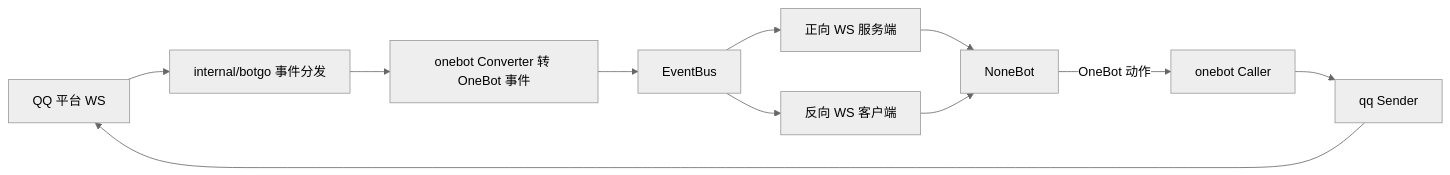
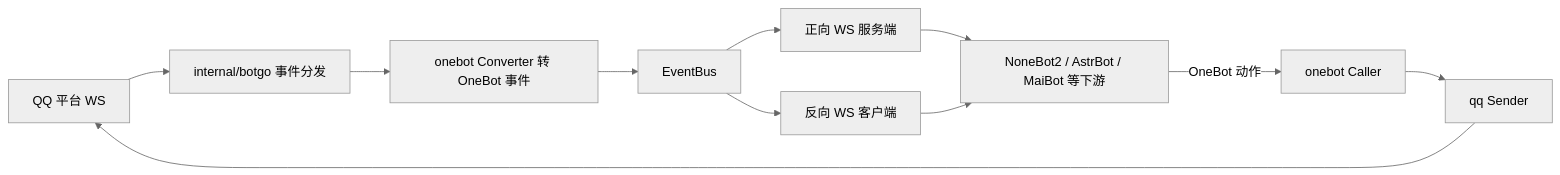
Before and after one commit to huilongxiji/gd-goqbot-framework: the diagram in README.md, drawn with Mermaid (neutral theme). The commit also changed other lines of this file, not shown here.

````diff
--- a/README.md
+++ b/README.md
@@ -314,13 +322,13 @@
 ```mermaid
 flowchart LR
   QQ["QQ 平台 WS"] --> BG["internal/botgo 事件分发"]
   BG --> CV["onebot Converter 转 OneBot 事件"]
   CV --> BUS["EventBus"]
   BUS --> FWD["正向 WS 服务端"]
   BUS --> REV["反向 WS 客户端"]
-  FWD --> NB["NoneBot"]
+  FWD --> NB["NoneBot2 / AstrBot / MaiBot 等下游"]
   REV --> NB
   NB -->|"OneBot 动作"| CALL["onebot Caller"]
   CALL --> SND["qq Sender"]
   SND --> QQ
 ```
````
